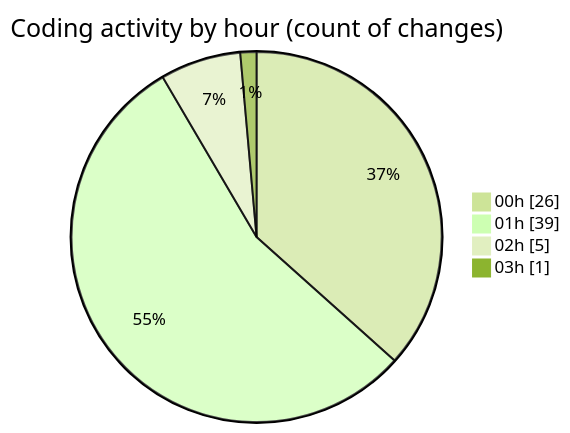
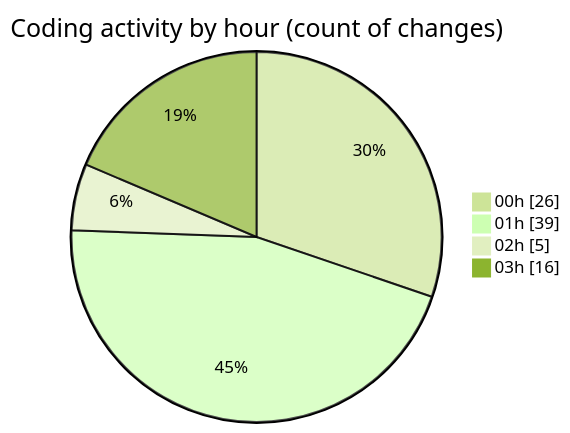
One commit to lephambinh05/code-tracking changed the second of 2 diagrams in 2025-08-17/rentotp/README.md. Above: the diagram before and after it, drawn with Mermaid (forest theme). The commit also changed other lines of this file and 1 other file, not shown here.

````diff
--- a/2025-08-17/rentotp/README.md
+++ b/2025-08-17/rentotp/README.md
@@ -52,8 +56,8 @@
 ```mermaid
 pie showData
 title Coding activity by hour (count of changes)
 "00h" : 26
 "01h" : 39
 "02h" : 5
-"03h" : 1
+"03h" : 16
 ```
````
